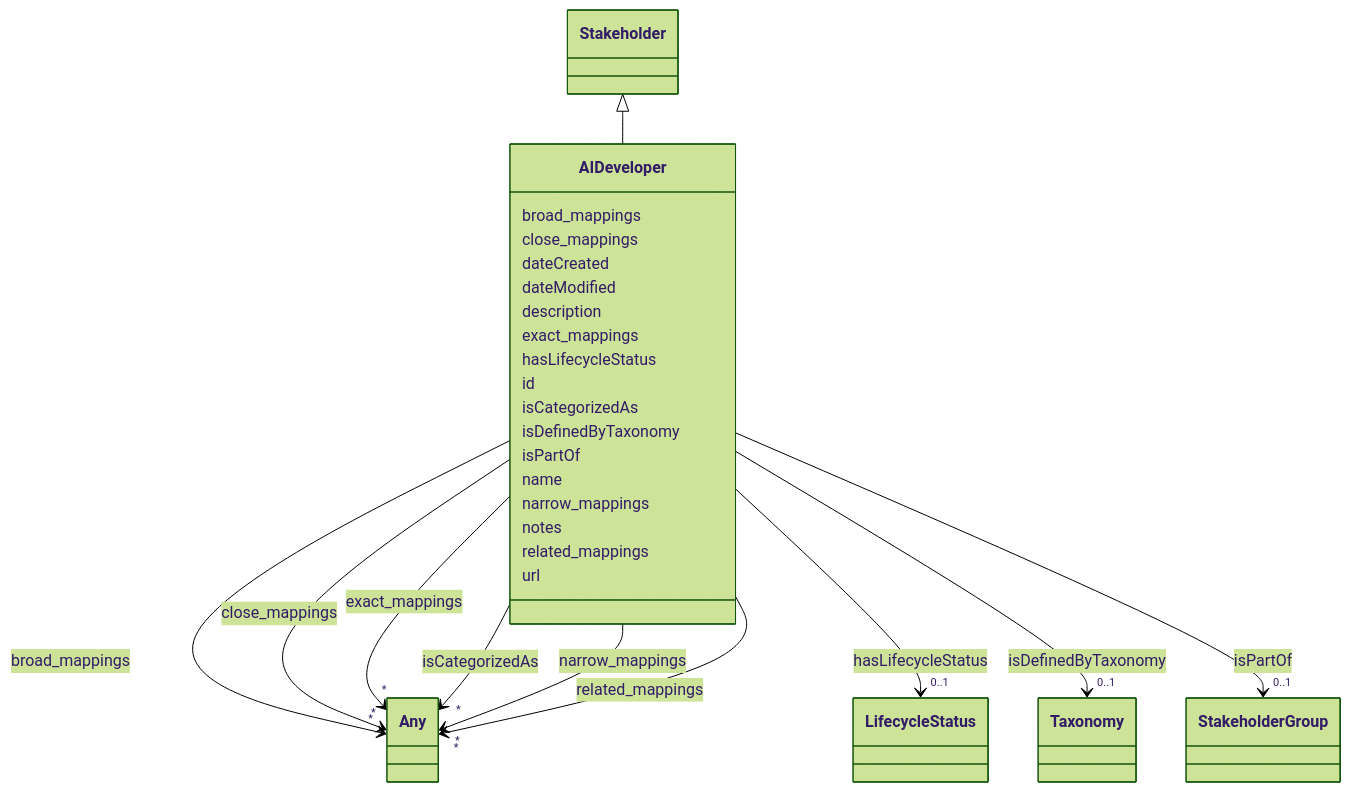
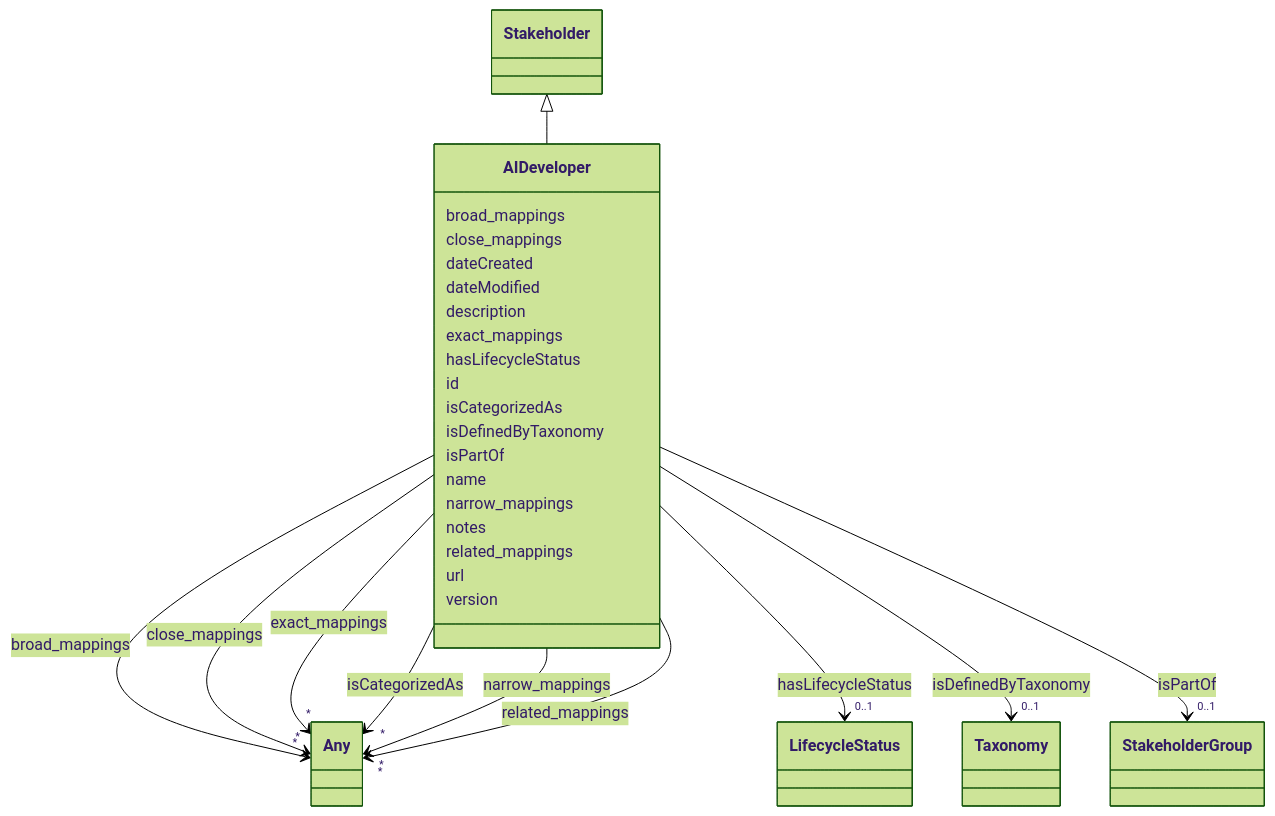
One commit to IBM/ai-atlas-nexus changed the diagram in docs/ontology/AIDeveloper.md. Above: the diagram before and after it, drawn with Mermaid (forest theme). The commit also changed other lines of this file and 101 other files, not shown here.

````diff
--- a/docs/ontology/AIDeveloper.md
+++ b/docs/ontology/AIDeveloper.md
@@ -131,5 +131,7 @@
 
       AIDeveloper : url
 
+      AIDeveloper : version
+
 
 ```
````
